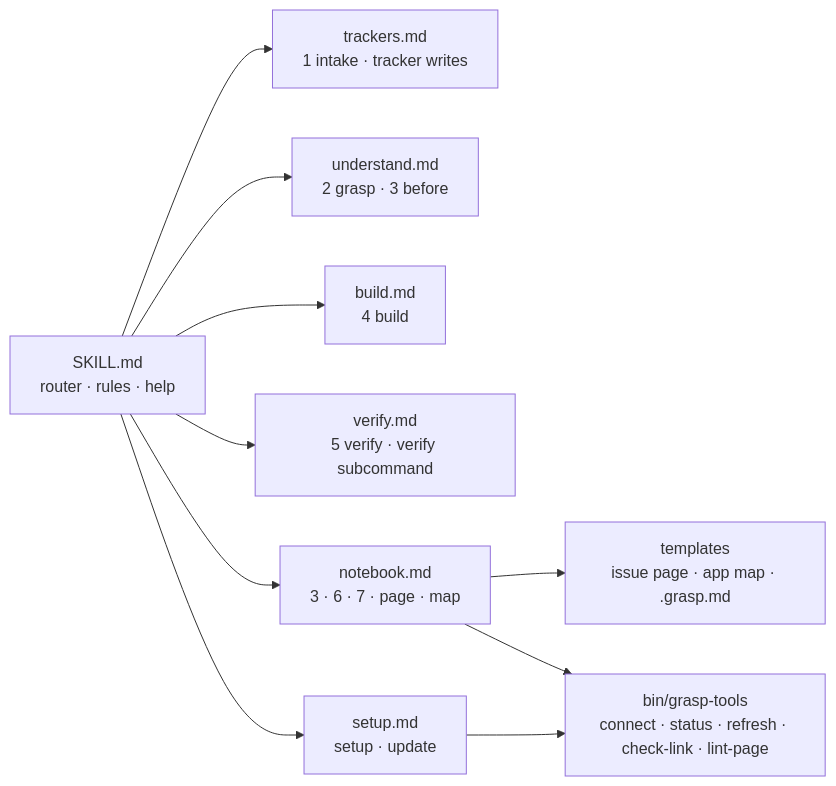
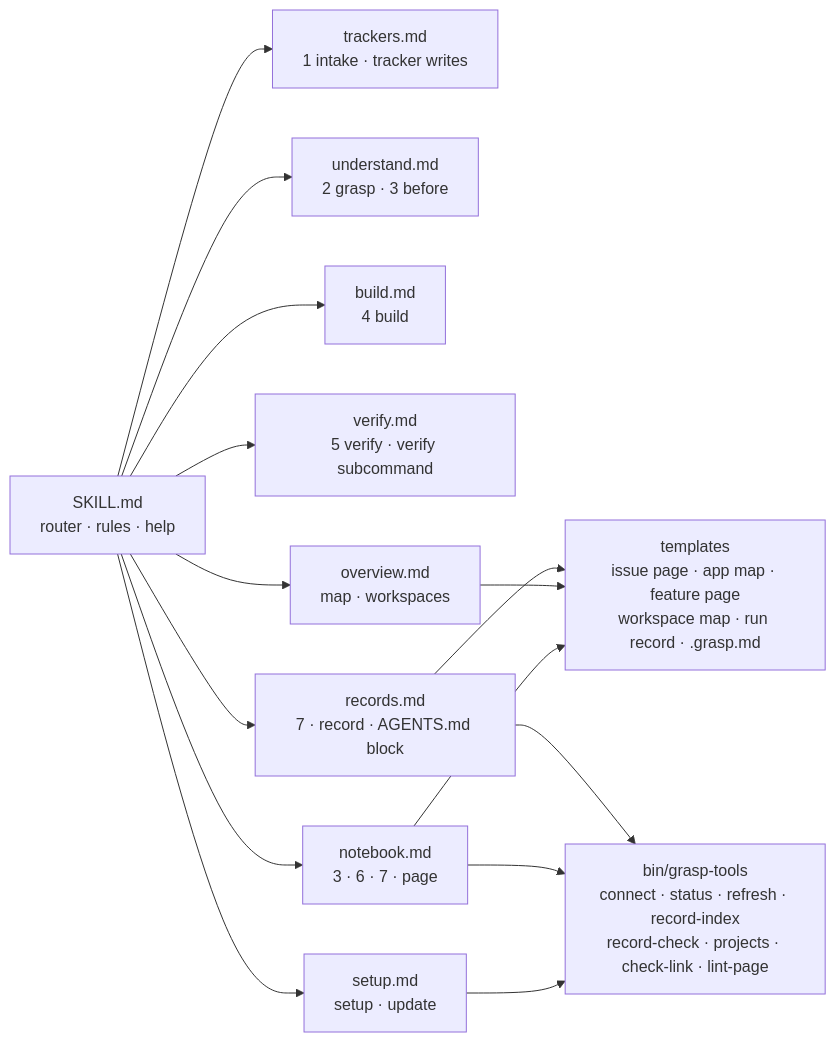
One commit to junrillg/grasp changed the third of 3 diagrams in README.md. Above: the diagram before and after it, drawn with Mermaid. The commit also changed other lines of this file and 62 other files, not shown here.

First line of the commit message:
feat: run records for every agent task, app overview at setup, workspaces of sub-projects (0.3.0)

````diff
--- a/README.md
+++ b/README.md
@@ -136,12 +173,17 @@
 ```mermaid
 flowchart LR
   S[SKILL.md<br/>router · rules · help] --> T[trackers.md<br/>1 intake · tracker writes]
   S --> U[understand.md<br/>2 grasp · 3 before]
   S --> B[build.md<br/>4 build]
   S --> V[verify.md<br/>5 verify · verify subcommand]
-  S --> N[notebook.md<br/>3 · 6 · 7 · page · map]
+  S --> N[notebook.md<br/>3 · 6 · 7 · page]
+  S --> R[records.md<br/>7 · record · AGENTS.md block]
+  S --> O[overview.md<br/>map · workspaces]
   S --> SU[setup.md<br/>setup · update]
-  N --> P[templates<br/>issue page · app map · .grasp.md]
-  SU --> G[bin/grasp-tools<br/>connect · status · refresh · check-link · lint-page]
+  N --> P[templates<br/>issue page · app map · feature page<br/>workspace map · run record · .grasp.md]
+  O --> P
+  R --> P
+  SU --> G[bin/grasp-tools<br/>connect · status · refresh · record-index<br/>record-check · projects · check-link · lint-page]
   N --> G
+  R --> G
 ```
````
